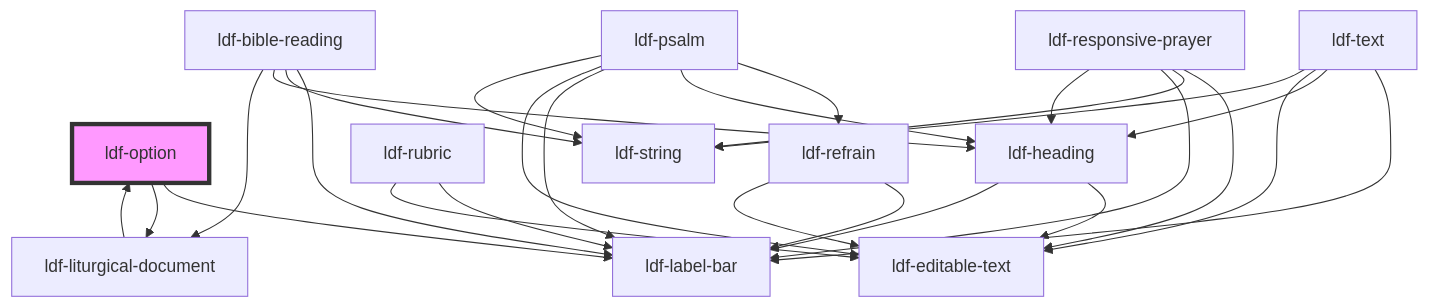
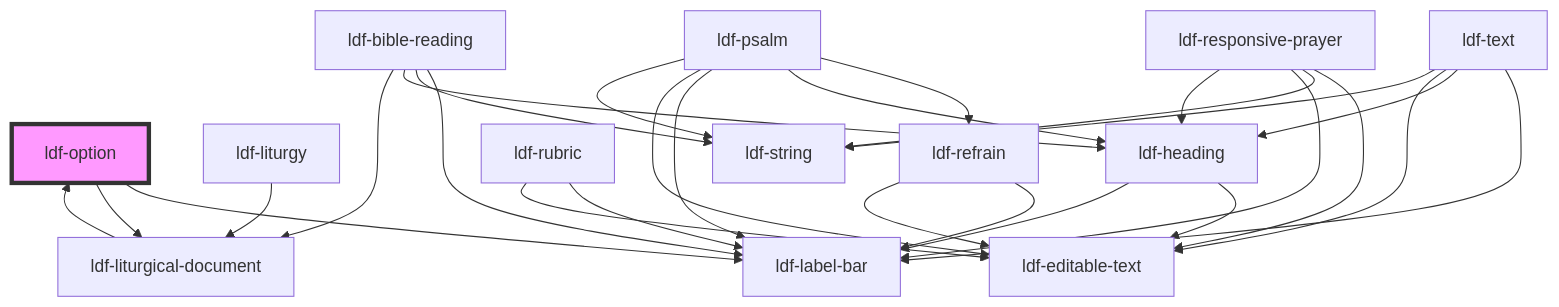
Before and after one commit to gbj/venite: the diagram in components/src/components/option/readme.md, drawn with Mermaid. The commit also changed 9 other files, not shown here.

````diff
--- a/components/src/components/option/readme.md
+++ b/components/src/components/option/readme.md
@@ -42,30 +42,31 @@
 ```mermaid
 graph TD;
   ldf-option --> ldf-label-bar
   ldf-option --> ldf-liturgical-document
   ldf-liturgical-document --> ldf-option
+  ldf-liturgy --> ldf-liturgical-document
   ldf-heading --> ldf-editable-text
   ldf-heading --> ldf-label-bar
   ldf-refrain --> ldf-label-bar
   ldf-refrain --> ldf-editable-text
   ldf-rubric --> ldf-label-bar
   ldf-rubric --> ldf-editable-text
   ldf-text --> ldf-label-bar
   ldf-text --> ldf-heading
   ldf-text --> ldf-editable-text
   ldf-text --> ldf-string
   ldf-responsive-prayer --> ldf-editable-text
   ldf-responsive-prayer --> ldf-string
   ldf-responsive-prayer --> ldf-label-bar
   ldf-responsive-prayer --> ldf-heading
   ldf-bible-reading --> ldf-label-bar
   ldf-bible-reading --> ldf-string
   ldf-bible-reading --> ldf-heading
   ldf-bible-reading --> ldf-liturgical-document
   ldf-psalm --> ldf-refrain
   ldf-psalm --> ldf-heading
   ldf-psalm --> ldf-label-bar
   ldf-psalm --> ldf-editable-text
   ldf-psalm --> ldf-string
   style ldf-option fill:#f9f,stroke:#333,stroke-width:4px
 ```
````
